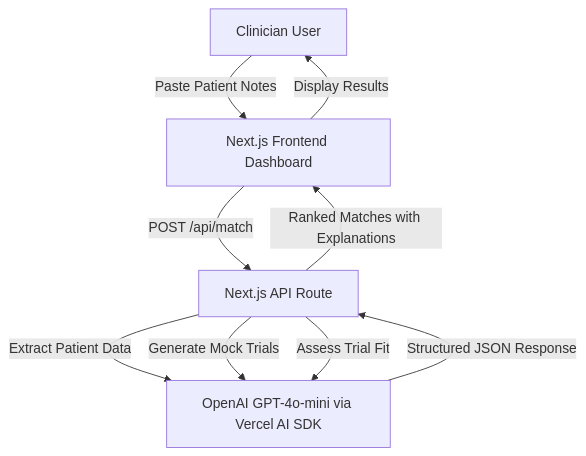
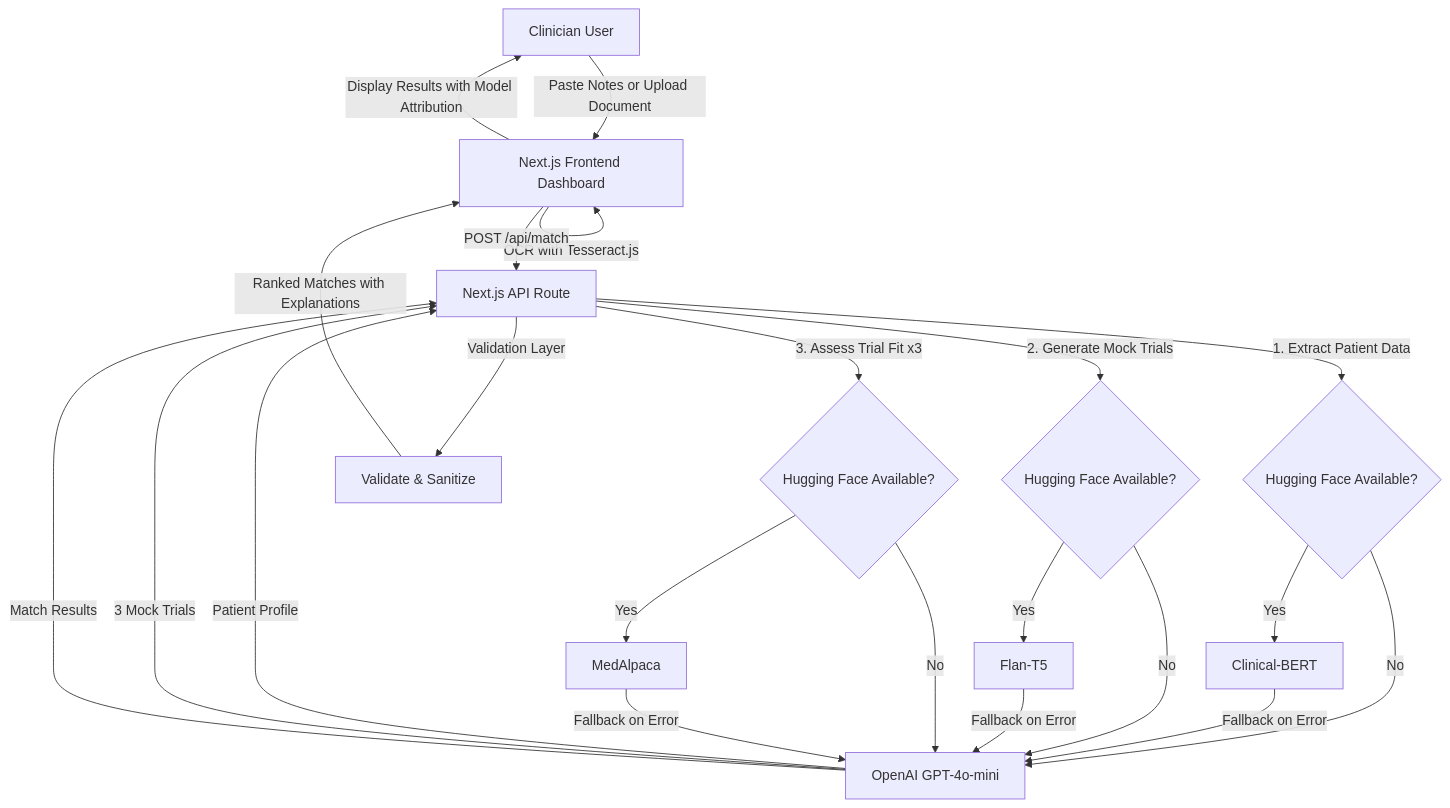
One commit to SamMintah/Clinical-Trial-Patient-Match-Co-Pilot changed the diagram in README.md. Above: the diagram before and after it, drawn with Mermaid. The commit also changed other lines of this file and 8 other files, not shown here.

````diff
--- a/README.md
+++ b/README.md
@@ -60,11 +62,24 @@
 ```mermaid
 graph TD
-    A[Clinician User] -->|Paste Patient Notes| B[Next.js Frontend Dashboard]
+    A[Clinician User] -->|Paste Notes or Upload Document| B[Next.js Frontend Dashboard]
+    B -->|OCR with Tesseract.js| B
     B -->|POST /api/match| C[Next.js API Route]
-    C -->|Extract Patient Data| D[OpenAI GPT-4o-mini via Vercel AI SDK]
-    C -->|Generate Mock Trials| D
-    C -->|Assess Trial Fit| D
-    D -->|Structured JSON Response| C
-    C -->|Ranked Matches with Explanations| B
-    B -->|Display Results| A
+    C -->|1. Extract Patient Data| D{Hugging Face Available?}
+    D -->|Yes| E[Clinical-BERT]
+    D -->|No| F[OpenAI GPT-4o-mini]
+    E -->|Fallback on Error| F
+    F -->|Patient Profile| C
+    C -->|2. Generate Mock Trials| G{Hugging Face Available?}
+    G -->|Yes| H[Flan-T5]
+    G -->|No| F
+    H -->|Fallback on Error| F
+    F -->|3 Mock Trials| C
+    C -->|3. Assess Trial Fit x3| I{Hugging Face Available?}
+    I -->|Yes| J[MedAlpaca]
+    I -->|No| F
+    J -->|Fallback on Error| F
+    F -->|Match Results| C
+    C -->|Validation Layer| K[Validate & Sanitize]
+    K -->|Ranked Matches with Explanations| B
+    B -->|Display Results with Model Attribution| A
 ```
````
